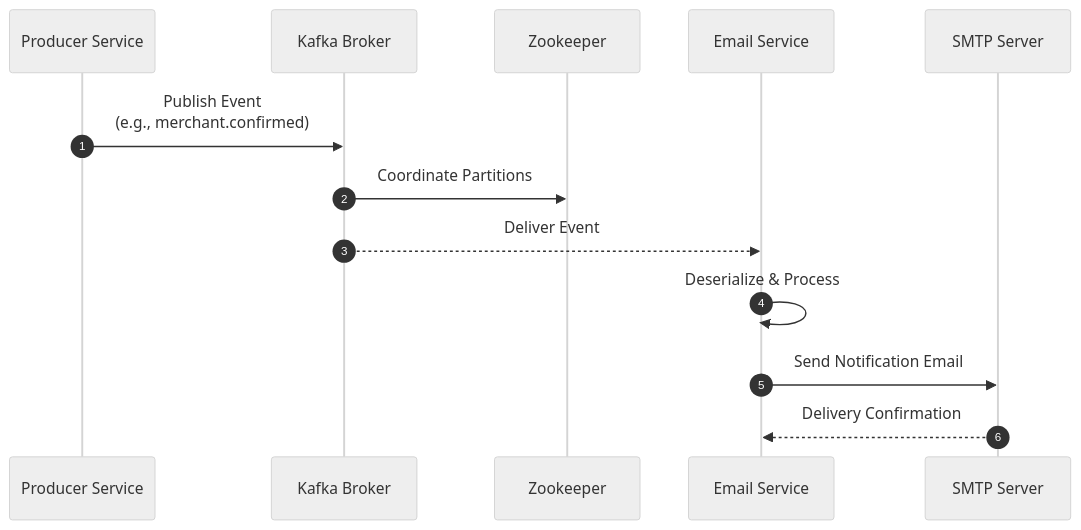
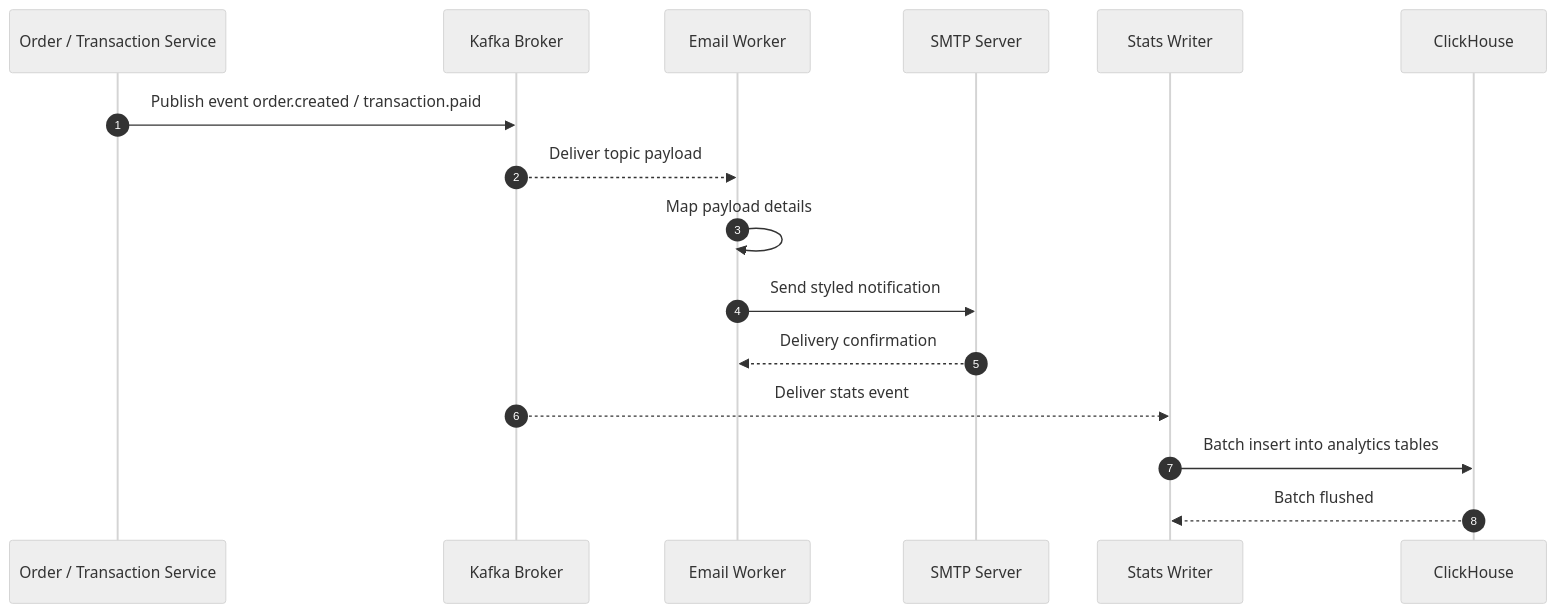
One commit to MamangRust/microservice-pointofsale-gorm-graphql changed the ninth of 13 diagrams in README.md. Above: the diagram before and after it, drawn with Mermaid (neutral theme). The commit also changed other lines of this file and 363 other files, not shown here.

````diff
--- a/README.md
+++ b/README.md
@@ -288,16 +645,19 @@
 ```mermaid
 sequenceDiagram
     autonumber
-    participant SVC as Producer Service
+    participant SVC as Order / Transaction Service
     participant K as Kafka Broker
-    participant ZK as Zookeeper
-    participant EMAIL as Email Service
+    participant EMAIL as Email Worker
     participant SMTP as SMTP Server
+    participant WRITER as Stats Writer
+    participant CH as ClickHouse
 
-    SVC->>K: Publish Event<br/>(e.g., merchant.confirmed)
-    K->>ZK: Coordinate Partitions
-    K-->>EMAIL: Deliver Event
-    EMAIL->>EMAIL: Deserialize & Process
-    EMAIL->>SMTP: Send Notification Email
-    SMTP-->>EMAIL: Delivery Confirmation
+    SVC->>K: Publish event order.created / transaction.paid
+    K-->>EMAIL: Deliver topic payload
+    EMAIL->>EMAIL: Map payload details
+    EMAIL->>SMTP: Send styled notification
+    SMTP-->>EMAIL: Delivery confirmation
+    K-->>WRITER: Deliver stats event
+    WRITER->>CH: Batch insert into analytics tables
+    CH-->>WRITER: Batch flushed
 ```
````
